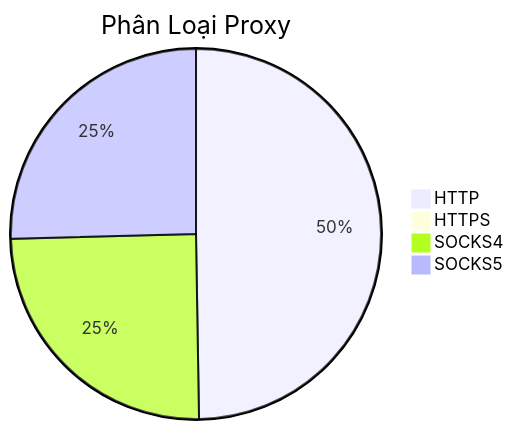
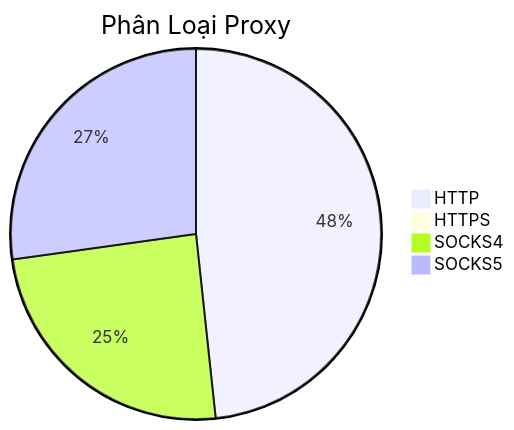
Before and after one commit to Ciara-12/PROXY-free: the diagram in README.md, drawn with Mermaid. The commit also changed other lines of this file and 4 other files, not shown here.

````diff
--- a/README.md
+++ b/README.md
@@ -26,7 +26,7 @@
 ```mermaid
 pie title Phân Loại Proxy
-    "HTTP" : 953
-    "HTTPS" : 1
-    "SOCKS4" : 476
-    "SOCKS5" : 487
+    "HTTP" : 755
+    "HTTPS" : 0
+    "SOCKS4" : 383
+    "SOCKS5" : 425
 ```
````
